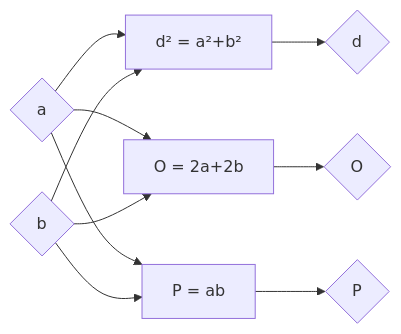
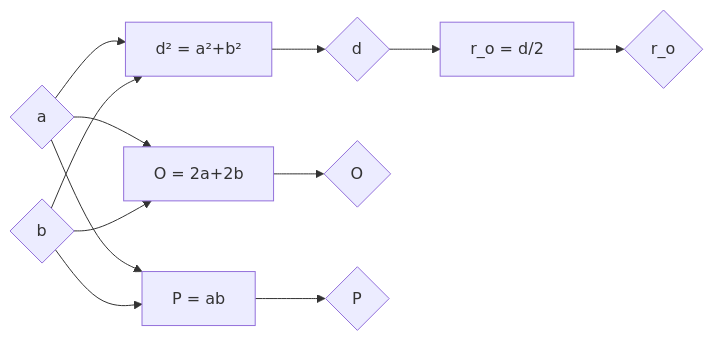
Before and after one commit to ndjapic/mat7-2024: the diagram in 02-pitagora/primena/paralelogram/01-pravougaonik.md, drawn with Mermaid. The commit also changed other lines of this file, not shown here.

````diff
--- a/02-pitagora/primena/paralelogram/01-pravougaonik.md
+++ b/02-pitagora/primena/paralelogram/01-pravougaonik.md
@@ -7,12 +7,14 @@
 ```mermaid
 graph LR;
     PT["d² = a²+b²"] --> D{d};
     A{a} --> PT;
     B{b} --> PT;
     FO[O = 2a+2b] --> O{O};
     A --> FO;
     B --> FO;
     FP[P = ab] --> P{P};
     A --> FP;
     B --> FP;
+    Fro["r_o = d/2"] --> ro{r_o};
+    D --> Fro;
 ```
````
